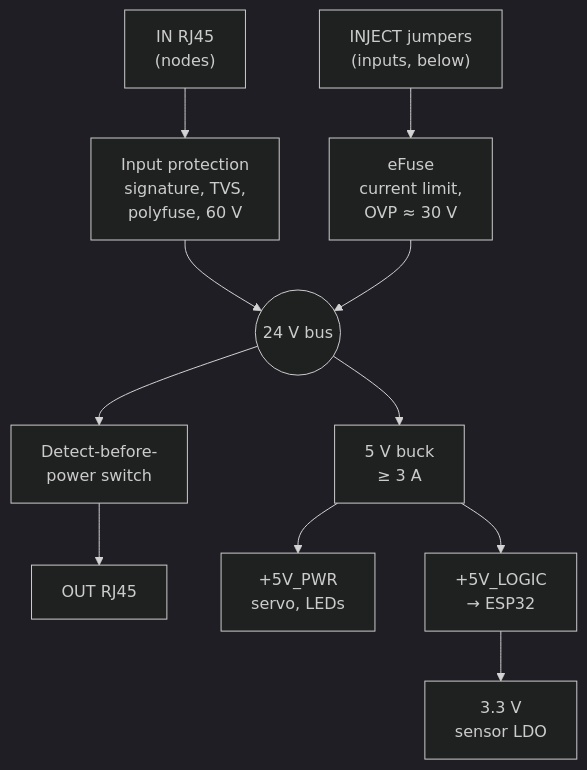
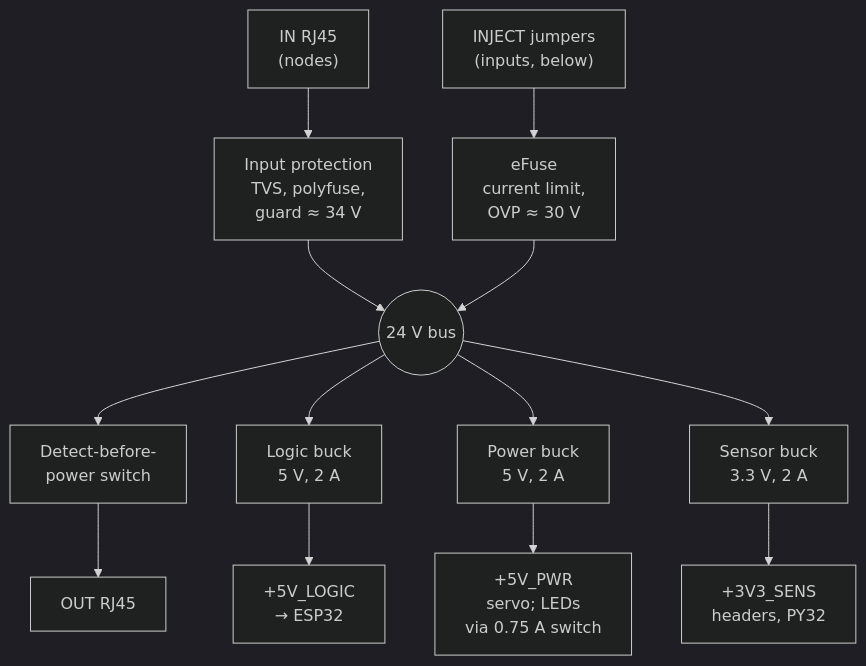
The first of 3 diagrams in docs/02_hardware_specification.md (BashfulBits/3dp-fleet-exhaust), drawn with Mermaid (dark theme) before and after one commit. The commit also changed other lines of this file and 7 other files, not shown here.

First line of the commit message:
D56: split carrier power, hardware current limits, IN over-voltage guard

````diff
--- a/docs/02_hardware_specification.md
+++ b/docs/02_hardware_specification.md
@@ -67,12 +67,11 @@
 ```mermaid
 flowchart TB
-  IN["IN RJ45<br>(nodes)"] --> PROT["Input protection<br>signature, TVS,<br>polyfuse, 60 V"]
+  IN["IN RJ45<br>(nodes)"] --> PROT["Input protection<br>TVS, polyfuse,<br>guard ≈ 34 V"]
   INJ["INJECT jumpers<br>(inputs, below)"] --> EF["eFuse<br>current limit,<br>OVP ≈ 30 V"]
   PROT --> BUS(("24 V bus"))
   EF --> BUS
   BUS --> DBP["Detect-before-<br>power switch"] --> OUT["OUT RJ45"]
-  BUS --> BUCK["5 V buck<br>≥ 3 A"]
-  BUCK --> P5["+5V_PWR<br>servo, LEDs"]
-  BUCK --> L5["+5V_LOGIC<br>→ ESP32"]
-  L5 --> LDO["3.3 V<br>sensor LDO"]
+  BUS --> BL["Logic buck<br>5 V, 2 A"] --> L5["+5V_LOGIC<br>→ ESP32"]
+  BUS --> BP["Power buck<br>5 V, 2 A"] --> P5["+5V_PWR<br>servo; LEDs<br>via 0.75 A switch"]
+  BUS --> B3["Sensor buck<br>3.3 V, 2 A"] --> S3["+3V3_SENS<br>headers, PY32"]
 ```
````
